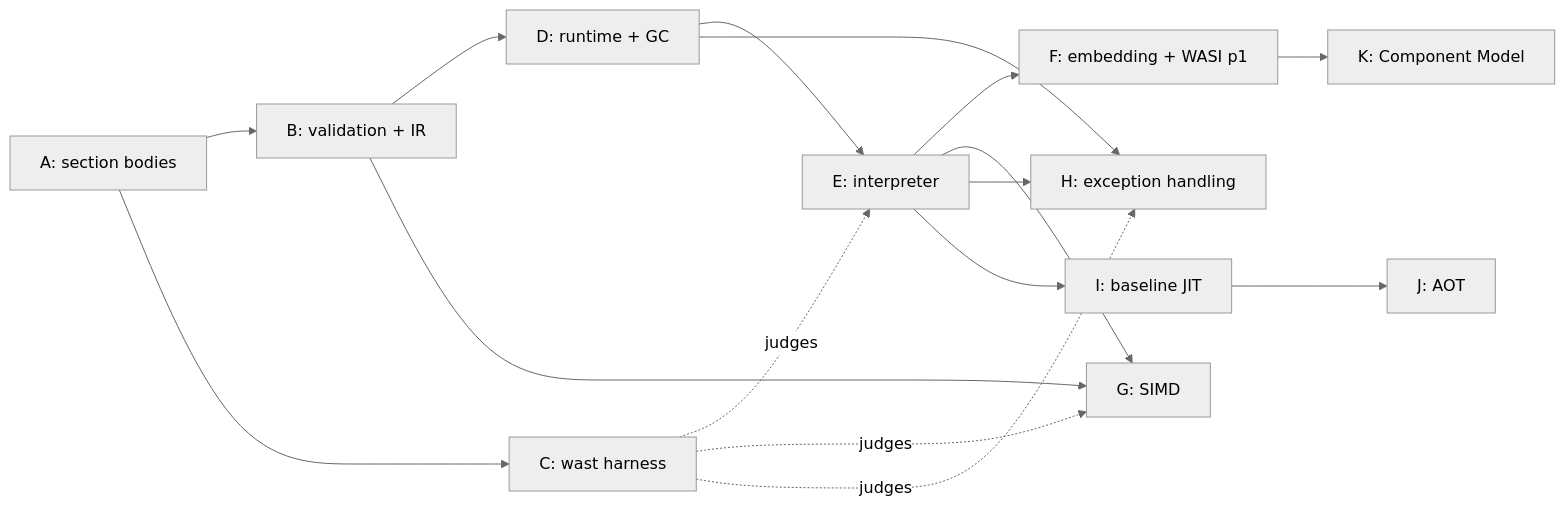
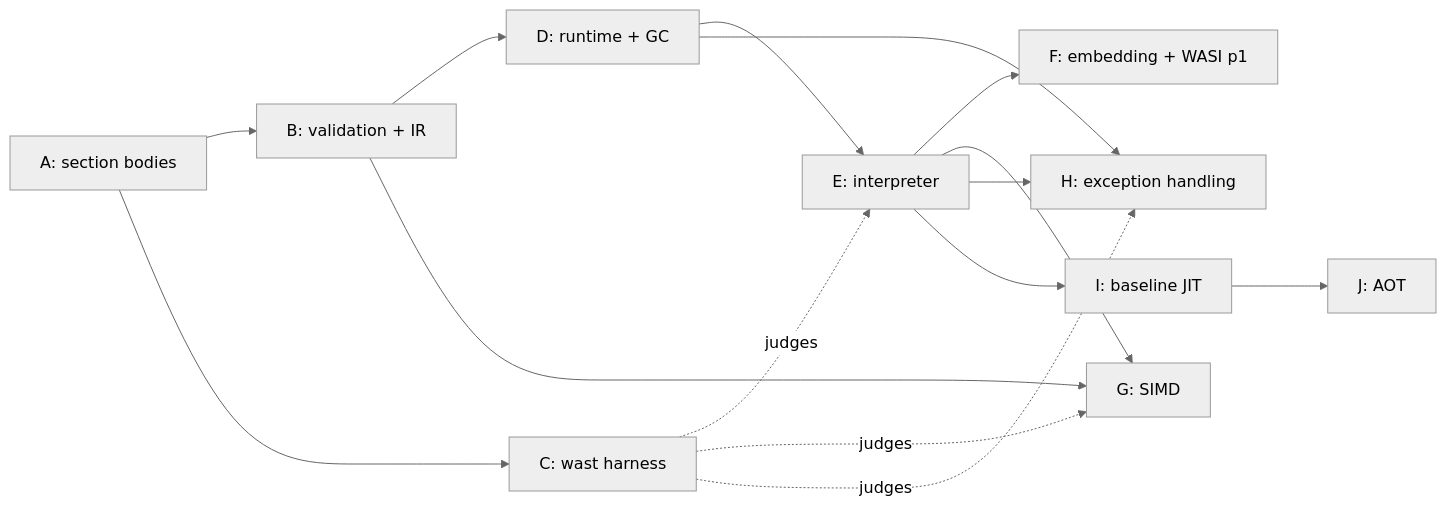
The diagram in docs/roadmap.md (frostney/wasmlight), drawn with Mermaid (neutral theme) before and after one commit. The commit also changed other lines of this file and 15 other files, not shown here.

````diff
--- a/docs/roadmap.md
+++ b/docs/roadmap.md
@@ -208,18 +205,17 @@
 ```mermaid
 graph LR
   A[A: section bodies] --> B[B: validation + IR]
   A --> C[C: wast harness]
   B --> D[D: runtime + GC]
   D --> E[E: interpreter]
   E --> F[F: embedding + WASI p1]
   B --> G[G: SIMD]
   E --> G
   D --> H[H: exception handling]
   E --> H
   E --> I[I: baseline JIT]
   I --> J[J: AOT]
-  F --> K[K: Component Model]
   C -.judges.-> E
   C -.judges.-> G
   C -.judges.-> H
 ```
````
